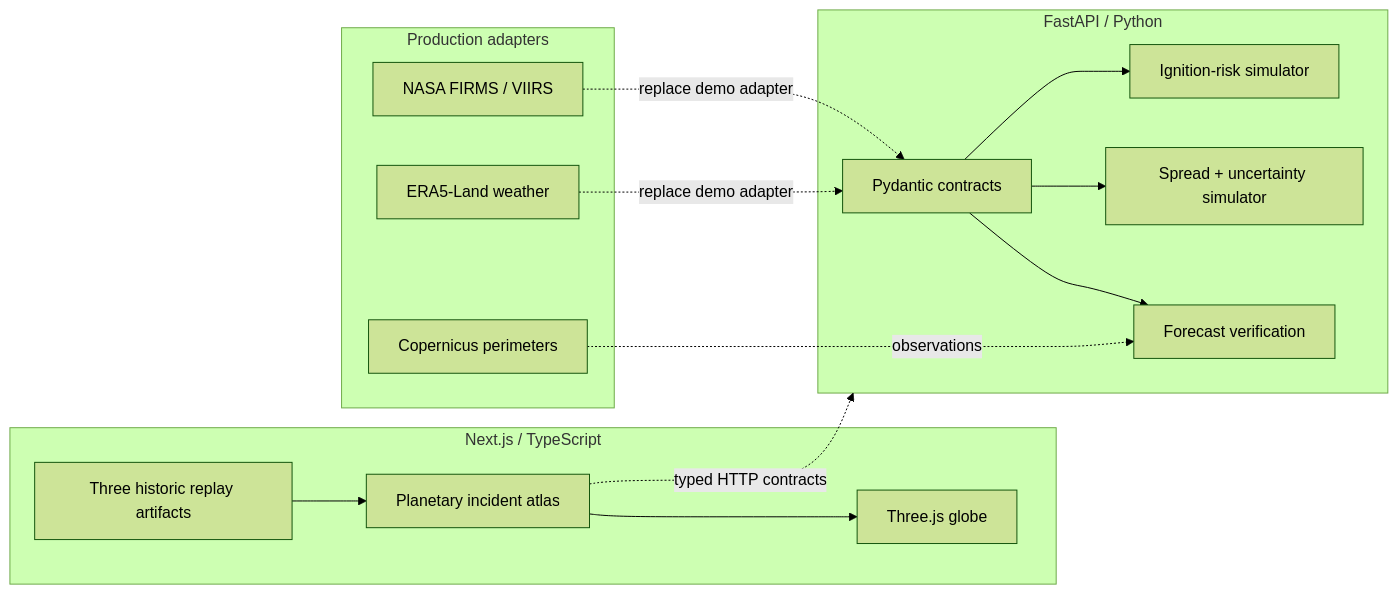
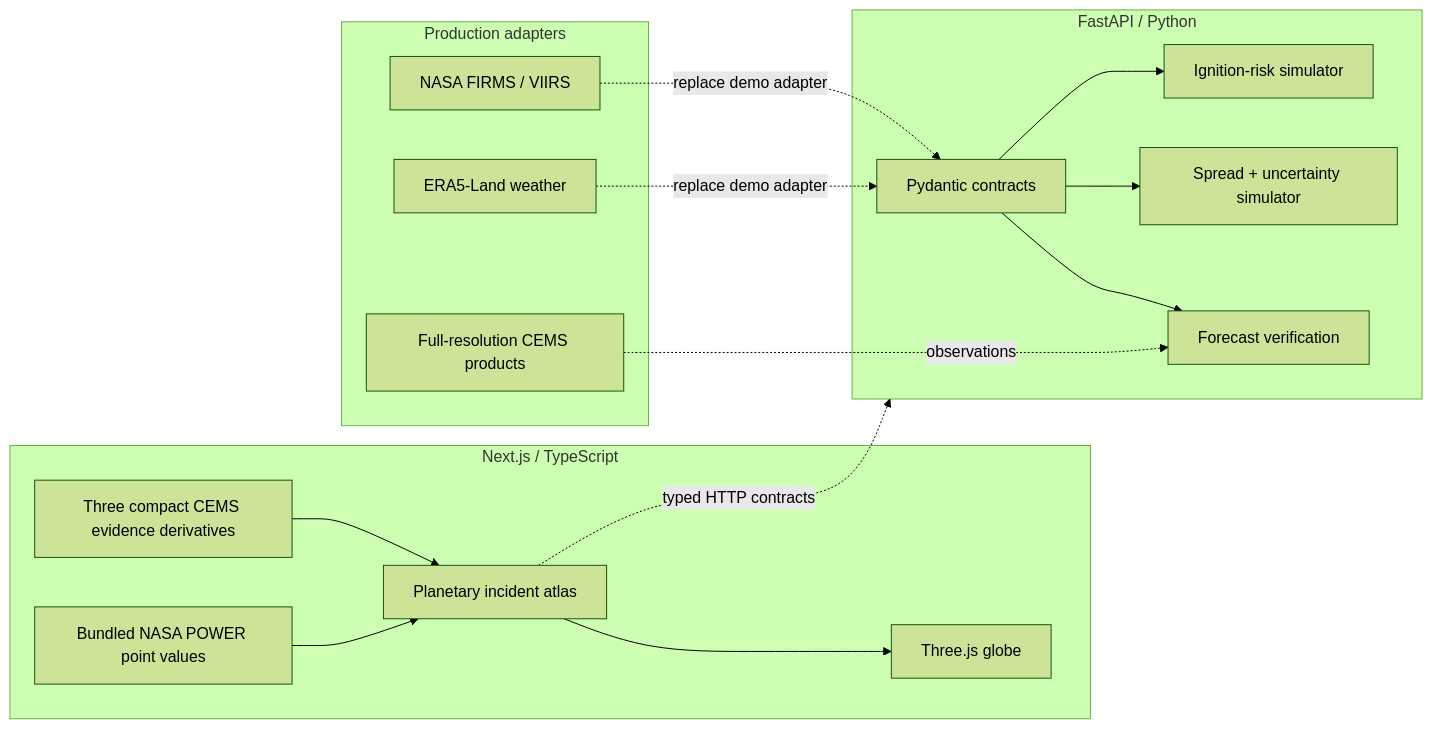
The diagram in README.md (MarinJursic/global-wildfire-risk-globe), drawn with Mermaid (forest theme) before and after one commit. The commit also changed other lines of this file and 17 other files, not shown here.

Commit message:
Ground wildfire replay in historic evidence

````diff
--- a/README.md
+++ b/README.md
@@ -124,31 +139,33 @@
 ```mermaid
 flowchart LR
     subgraph Browser["Next.js / TypeScript"]
         UI["Planetary incident atlas"]
         Globe["Three.js globe"]
-        Replay["Three historic replay artifacts"]
+        Replay["Three compact CEMS evidence derivatives"]
+        Weather["Bundled NASA POWER point values"]
         UI --> Globe
         Replay --> UI
+        Weather --> UI
     end
 
     subgraph API["FastAPI / Python"]
         Models["Pydantic contracts"]
         Ignition["Ignition-risk simulator"]
         Spread["Spread + uncertainty simulator"]
         Verify["Forecast verification"]
         Models --> Ignition
         Models --> Spread
         Models --> Verify
     end
 
     subgraph Future["Production adapters"]
         FIRMS["NASA FIRMS / VIIRS"]
         ERA5["ERA5-Land weather"]
-        CEMS["Copernicus perimeters"]
+        CEMS["Full-resolution CEMS products"]
     end
 
     UI -. typed HTTP contracts .-> API
     FIRMS -. replace demo adapter .-> Models
     ERA5 -. replace demo adapter .-> Models
     CEMS -. observations .-> Verify
 ```
````
